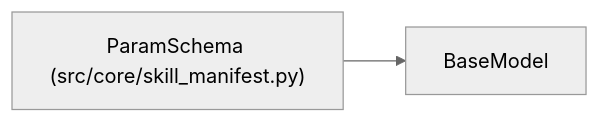
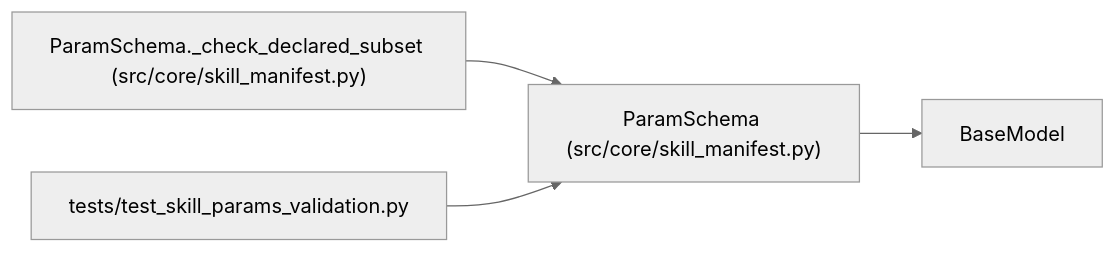
Before and after one commit to Denissvgn/autoresearch-agent: the diagram in docs/llm_wiki/entities/ParamSchema.md, drawn with Mermaid (neutral theme). The commit also changed other lines of this file and 75 other files, not shown here.

Commit message:
docs(wiki): sync pages for skill parameter schema validation

````diff
--- a/docs/llm_wiki/entities/ParamSchema.md
+++ b/docs/llm_wiki/entities/ParamSchema.md
@@ -36,7 +48,13 @@
 ```mermaid
 flowchart LR
     n0["ParamSchema (src/core/skill_manifest.py)"]
     n1["BaseModel"]
+    n2["ParamSchema._check_declared_subset (src/core/skill_manifest.py)"]
+    n3["tests/test_skill_params_validation.py"]
     n0 --> n1
+    n2 --> n0
+    n3 --> n0
     click n0 "../modules/skill_manifest.md"
+    click n2 "../modules/skill_manifest.md"
+    click n3 "../modules/test_skill_params_validation.md"
 ```
````
